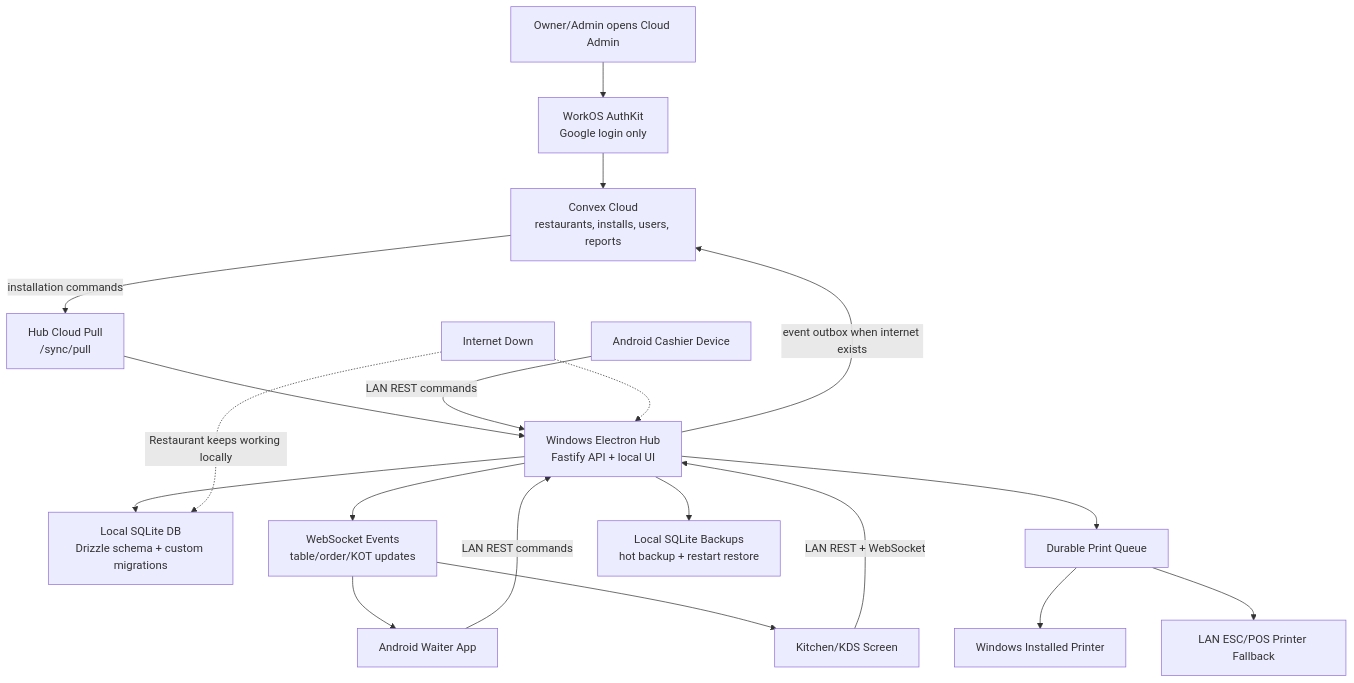
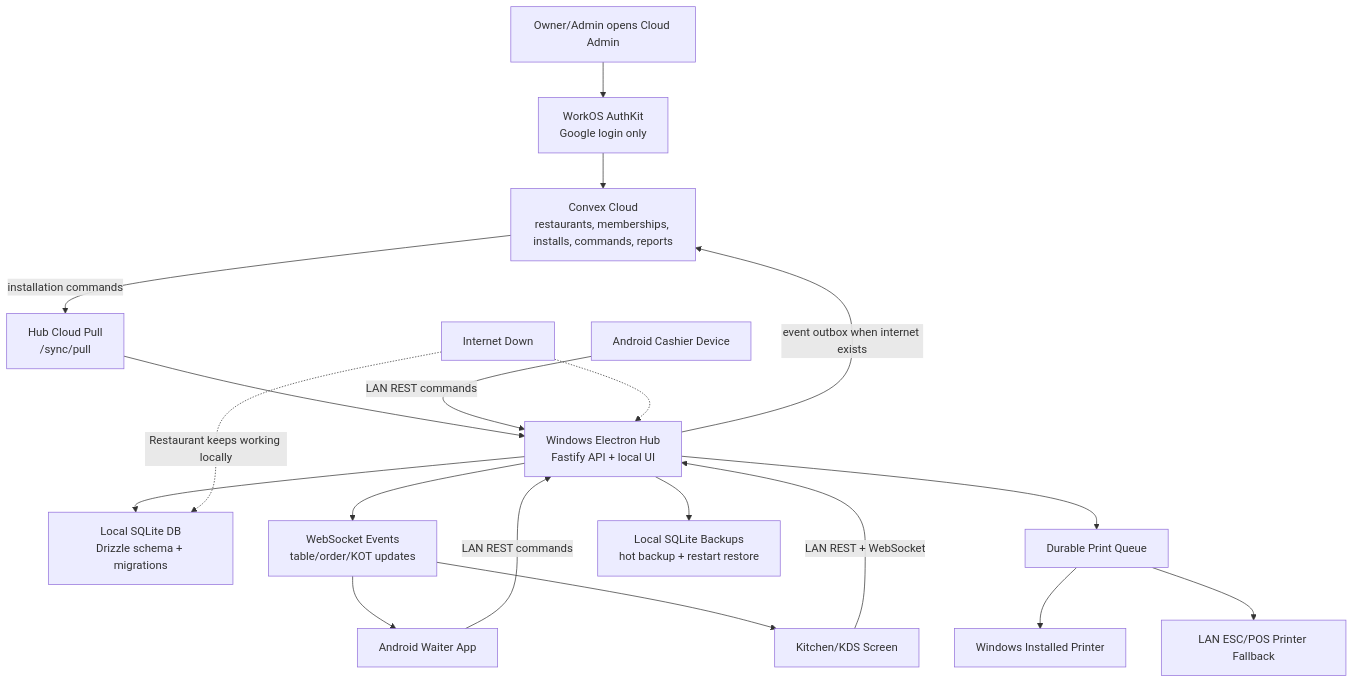
Before and after one commit to shubham909090/Open-POS: the first of 3 diagrams in docs/architecture-junior-guide.md, drawn with Mermaid. The commit also changed other lines of this file and 41 other files, not shown here.

Commit message:
Refactor Convex app flows and shared UI components

````diff
--- a/docs/architecture-junior-guide.md
+++ b/docs/architecture-junior-guide.md
@@ -15,27 +15,27 @@
 ```mermaid
 flowchart TD
   owner["Owner/Admin opens Cloud Admin"] --> workos["WorkOS AuthKit<br/>Google login only"]
-  workos --> convex["Convex Cloud<br/>restaurants, installs, users, reports"]
+  workos --> convex["Convex Cloud<br/>restaurants, memberships, installs, commands, reports"]
 
   convex -->|installation commands| hubPull["Hub Cloud Pull<br/>/sync/pull"]
   hubPull --> hub["Windows Electron Hub<br/>Fastify API + local UI"]
 
   waiter["Android Waiter App"] -->|LAN REST commands| hub
   cashierPhone["Android Cashier Device"] -->|LAN REST commands| hub
   kitchenScreen["Kitchen/KDS Screen"] -->|LAN REST + WebSocket| hub
 
-  hub --> sqlite["Local SQLite DB<br/>Drizzle schema + custom migrations"]
+  hub --> sqlite["Local SQLite DB<br/>Drizzle schema + migrations"]
   hub --> ws["WebSocket Events<br/>table/order/KOT updates"]
   ws --> waiter
   ws --> kitchenScreen
 
   hub --> printQueue["Durable Print Queue"]
   printQueue --> systemPrinter["Windows Installed Printer"]
   printQueue --> lanPrinter["LAN ESC/POS Printer Fallback"]
 
   hub --> backups["Local SQLite Backups<br/>hot backup + restart restore"]
   hub -->|event outbox when internet exists| convex
 
   internetDown["Internet Down"] -.-> hub
   internetDown -. "Restaurant keeps working locally" .-> sqlite
 ```
````
